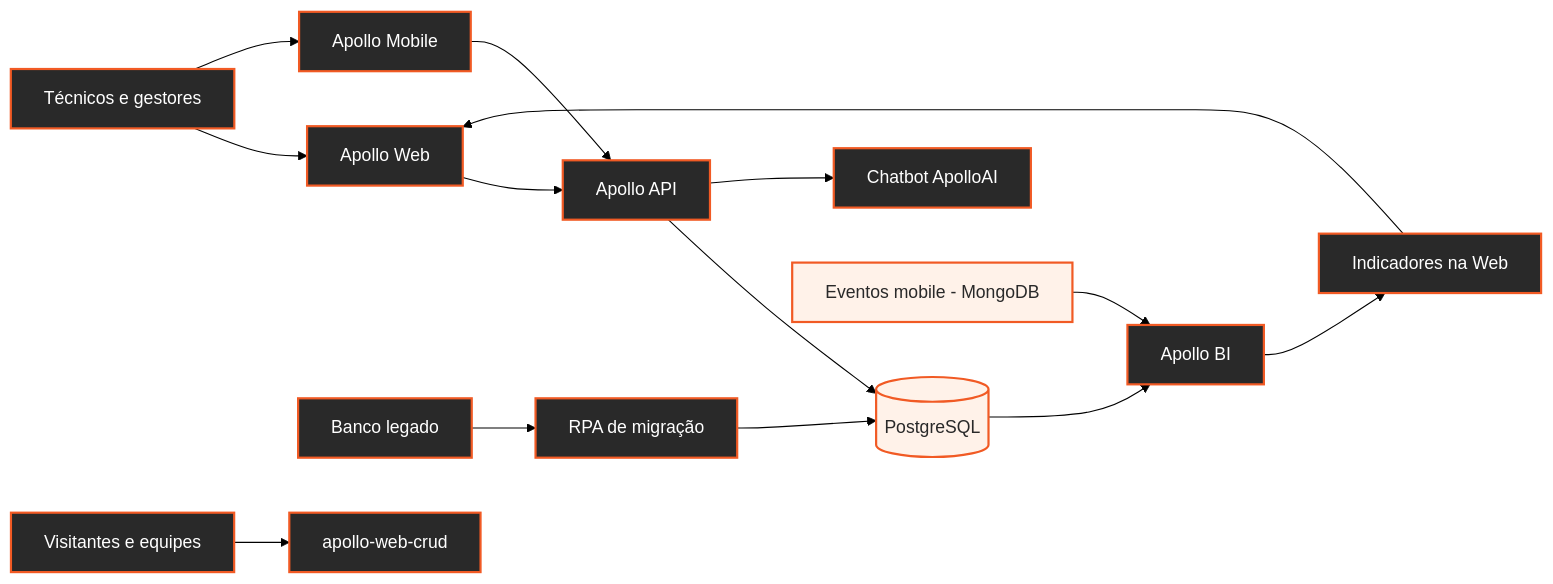
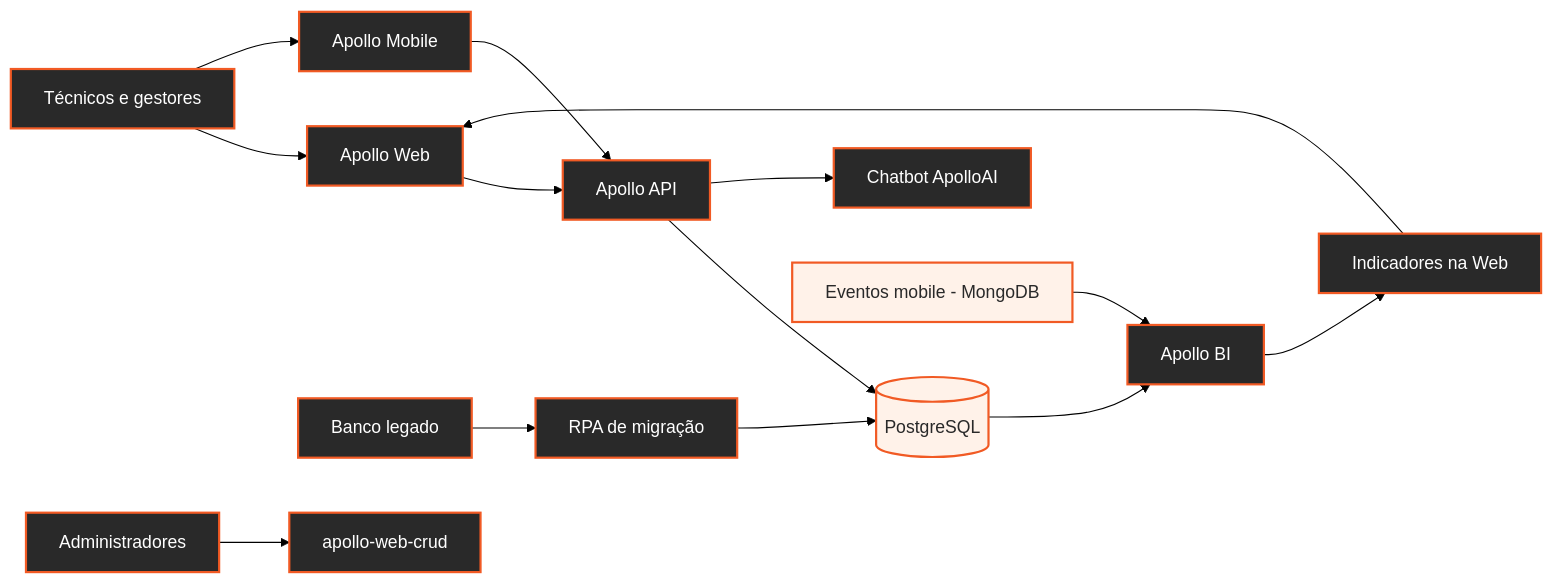
Before and after one commit to ApolloOficial/.github: the diagram in profile/README.md, drawn with Mermaid (forest theme).

Commit message:
docs: clarify restricted CRUD access

````diff
--- a/profile/README.md
+++ b/profile/README.md
@@ -29,22 +29,22 @@
 ```mermaid
 flowchart LR
     people["Técnicos e gestores"] --> web["Apollo Web"]
     people --> mobile["Apollo Mobile"]
     web --> api["Apollo API"]
     mobile --> api
     api --> postgres[("PostgreSQL")]
     api --> assistant["Chatbot ApolloAI"]
     postgres --> bi["Apollo BI"]
     events["Eventos mobile - MongoDB"] --> bi
     bi --> indicators["Indicadores na Web"]
     indicators --> web
     legacy["Banco legado"] --> rpa["RPA de migração"]
     rpa --> postgres
-    visitors["Visitantes e equipes"] --> crud["apollo-web-crud"]
+    administrators["Administradores"] --> crud["apollo-web-crud"]
 
     classDef platform fill:#292929,stroke:#F15A24,color:#FFFFFF,stroke-width:2px
     classDef data fill:#FFF2E9,stroke:#F15A24,color:#292929,stroke-width:2px
-    class people,web,mobile,api,assistant,bi,indicators,visitors,crud,rpa platform
+    class people,web,mobile,api,assistant,bi,indicators,administrators,crud,rpa platform
     class postgres,events data
     class legacy platform
 ```
````
